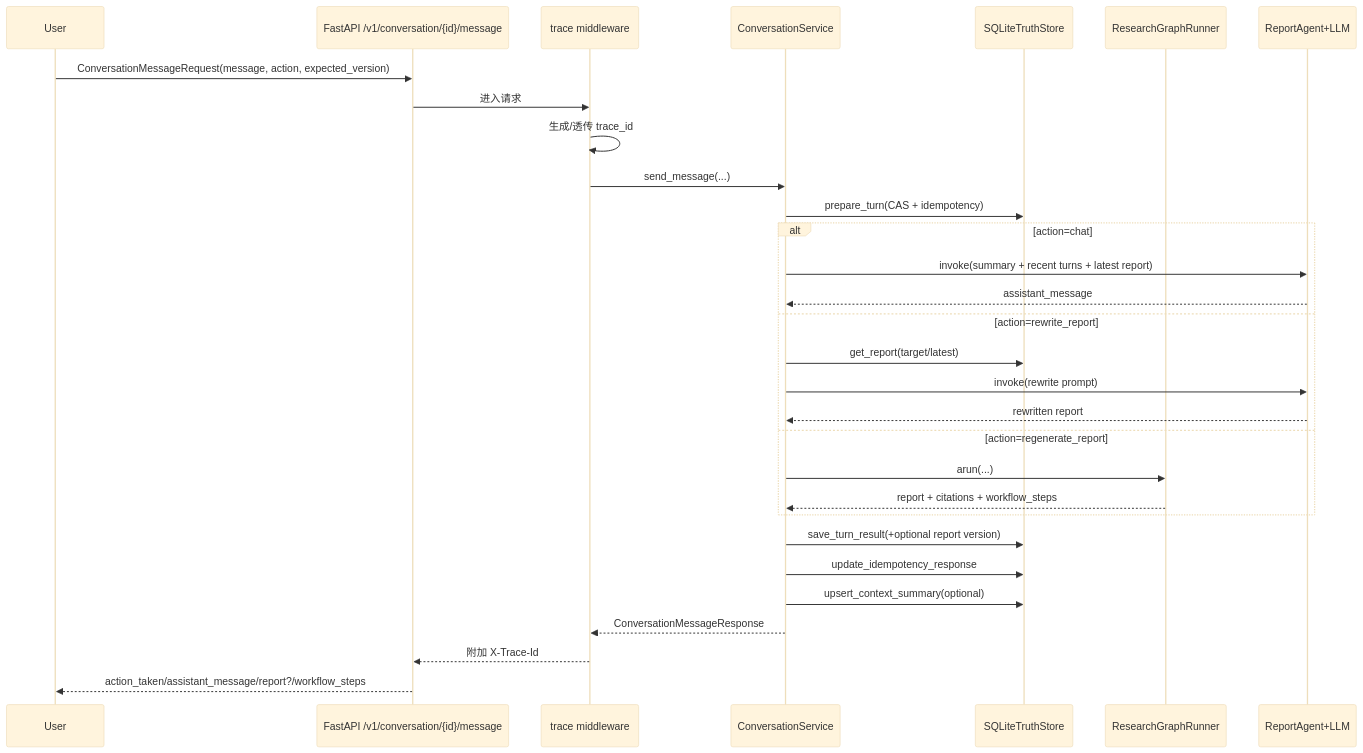
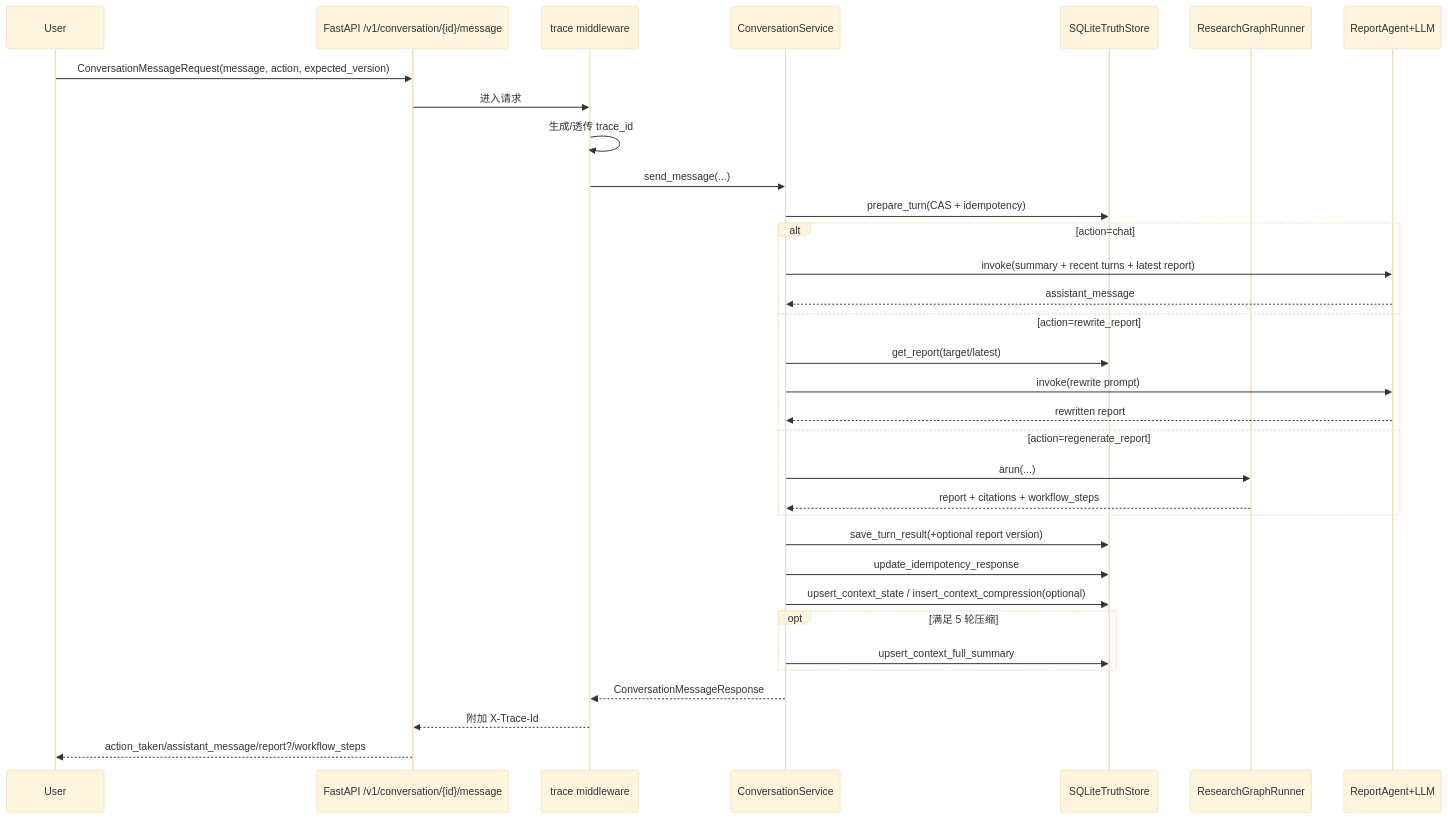
Before and after one commit to TeaBambooNGU/CryptoSignalAgent: the diagram in docs/architecture.md, drawn with Mermaid (base theme). The commit also changed other lines of this file and 17 other files, not shown here.

First line of the commit message:
Implement context management and compression features for long conversations

````diff
--- a/docs/architecture.md
+++ b/docs/architecture.md
@@ -135,33 +142,36 @@
 ```mermaid
 sequenceDiagram
     participant U as User
     participant API as FastAPI /v1/conversation/{id}/message
     participant MW as trace middleware
     participant CS as ConversationService
     participant TS as SQLiteTruthStore
     participant G as ResearchGraphRunner
     participant LLM as ReportAgent+LLM
 
     U->>API: ConversationMessageRequest(message, action, expected_version)
     API->>MW: 进入请求
     MW->>MW: 生成/透传 trace_id
     MW->>CS: send_message(...)
     CS->>TS: prepare_turn(CAS + idempotency)
     alt action=chat
         CS->>LLM: invoke(summary + recent turns + latest report)
         LLM-->>CS: assistant_message
     else action=rewrite_report
         CS->>TS: get_report(target/latest)
         CS->>LLM: invoke(rewrite prompt)
         LLM-->>CS: rewritten report
     else action=regenerate_report
         CS->>G: arun(...)
         G-->>CS: report + citations + workflow_steps
     end
     CS->>TS: save_turn_result(+optional report version)
     CS->>TS: update_idempotency_response
-    CS->>TS: upsert_context_summary(optional)
+    CS->>TS: upsert_context_state / insert_context_compression(optional)
+    opt 满足 5 轮压缩
+        CS->>TS: upsert_context_full_summary
+    end
     CS-->>MW: ConversationMessageResponse
     MW-->>API: 附加 X-Trace-Id
     API-->>U: action_taken/assistant_message/report?/workflow_steps
 ```
````
